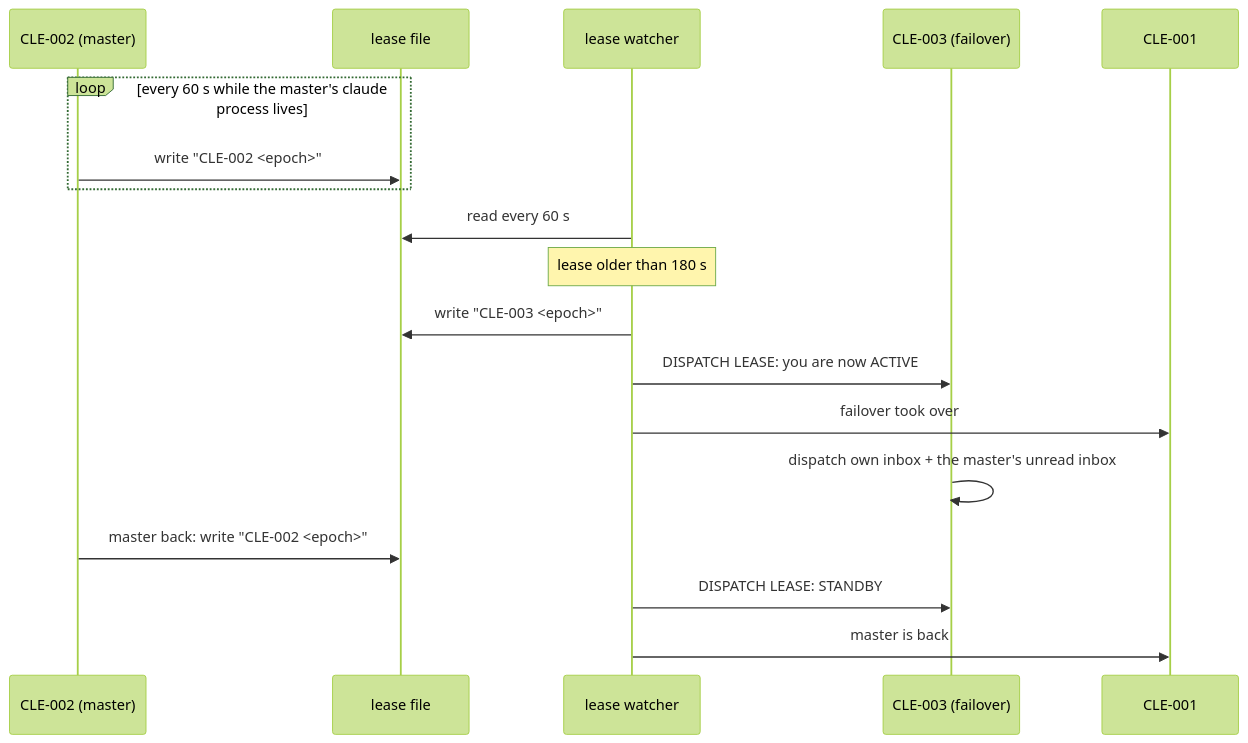
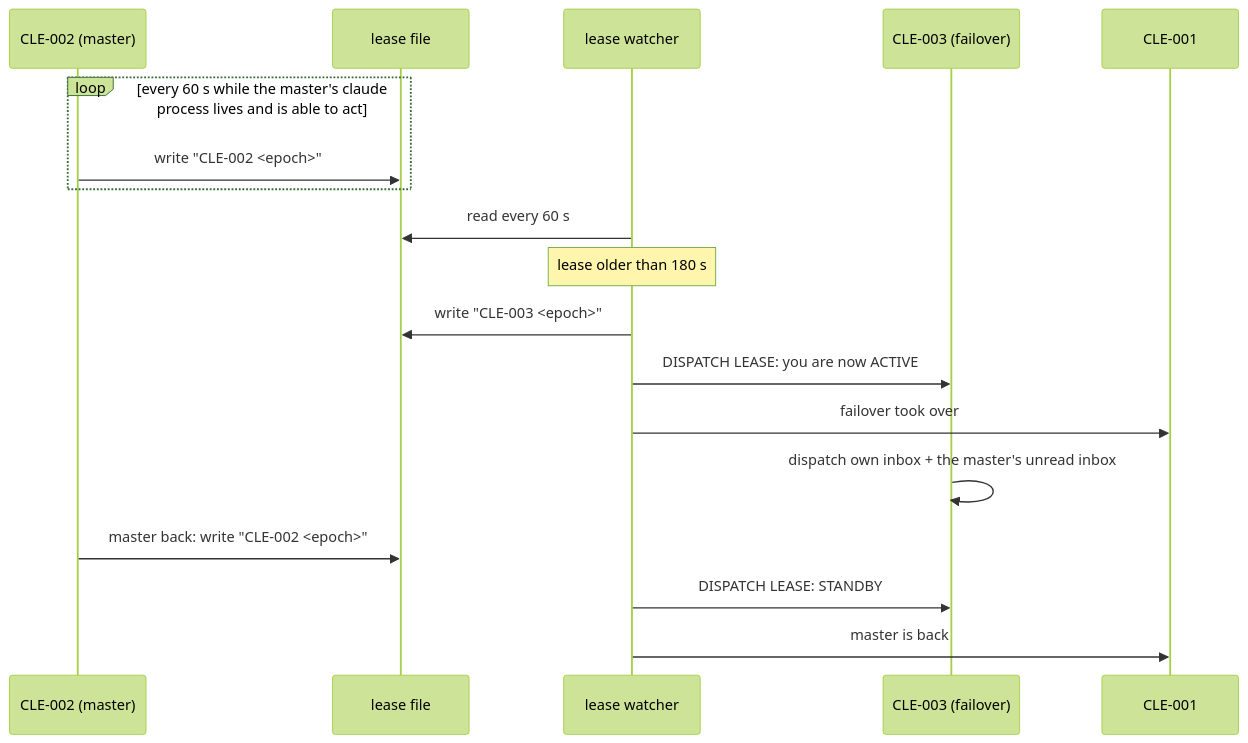
One commit to csitea/csi-spl changed the diagram in csi-spl-doc/doc/md/SPEC-spool-fleet-roles.md. Above: the diagram before and after it, drawn with Mermaid (forest theme). The commit also changed other lines of this file and 3 other files, not shown here.

````diff
--- a/csi-spl-doc/doc/md/SPEC-spool-fleet-roles.md
+++ b/csi-spl-doc/doc/md/SPEC-spool-fleet-roles.md
@@ -151,20 +151,20 @@
 ```mermaid
 sequenceDiagram
     participant M as CLE-002 (master)
     participant L as lease file
     participant W as lease watcher
     participant F as CLE-003 (failover)
     participant O as CLE-001
-    loop every 60 s while the master's claude process lives
+    loop every 60 s while the master's claude process lives and is able to act
         M->>L: write "CLE-002 <epoch>"
     end
     W->>L: read every 60 s
     Note over W: lease older than 180 s
     W->>L: write "CLE-003 <epoch>"
     W->>F: DISPATCH LEASE: you are now ACTIVE
     W->>O: failover took over
     F->>F: dispatch own inbox + the master's unread inbox
     M->>L: master back: write "CLE-002 <epoch>"
     W->>F: DISPATCH LEASE: STANDBY
     W->>O: master is back
 ```
````
